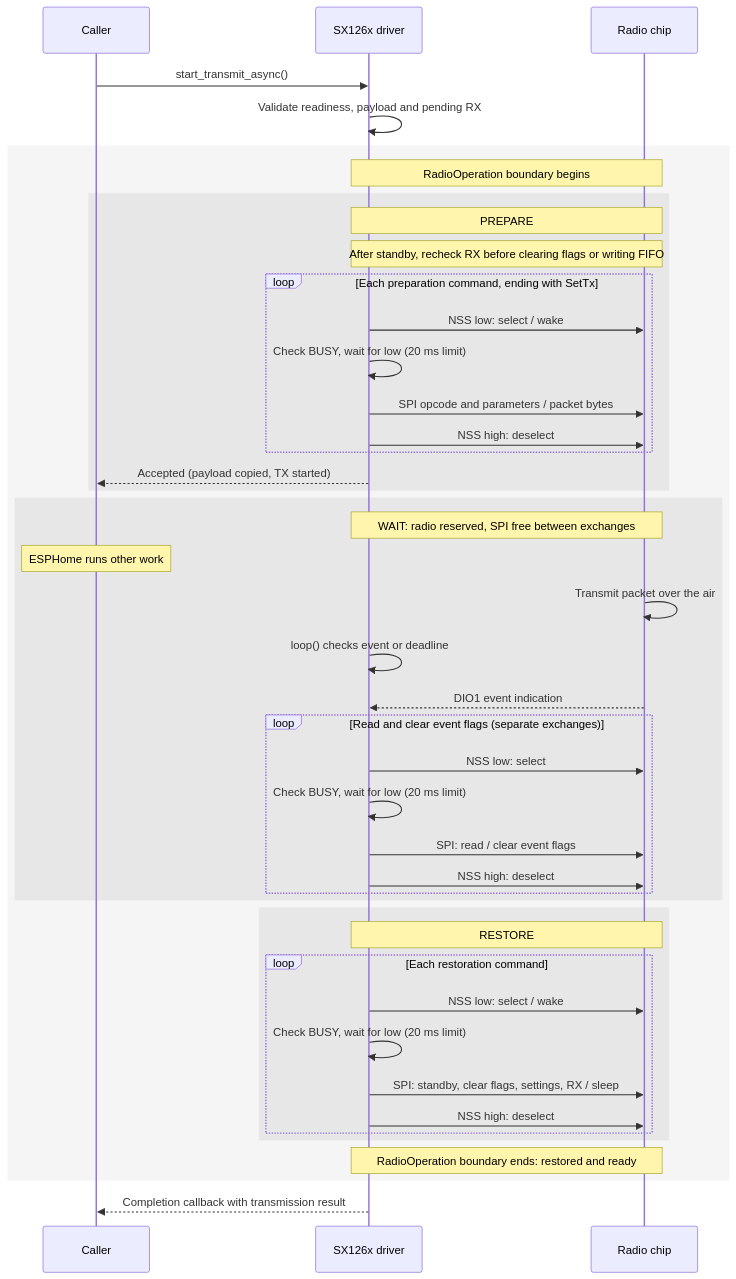
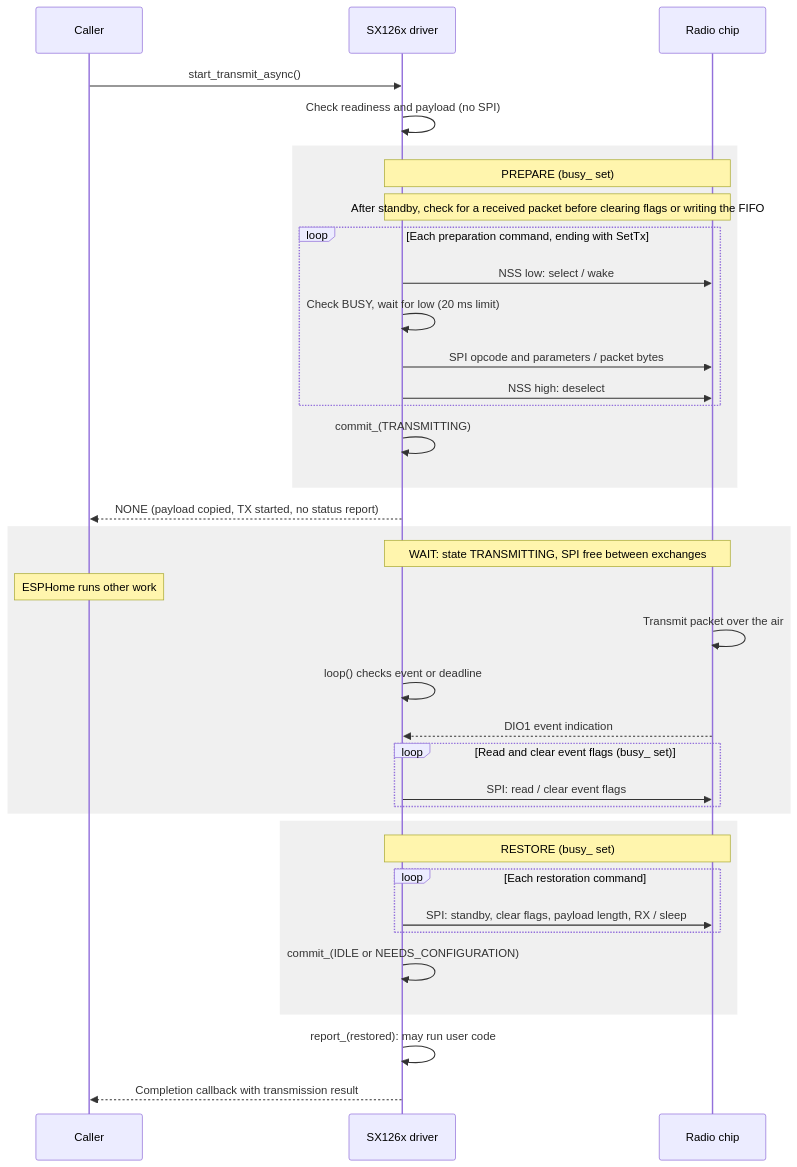
The first of 2 diagrams in esphome/components/sx126x/implementation.md (esphome/esphome), drawn with Mermaid before and after one commit. The commit also changed other lines of this file, not shown here.

````diff
--- a/esphome/components/sx126x/implementation.md
+++ b/esphome/components/sx126x/implementation.md
@@ -63,47 +94,40 @@
 ```mermaid
 sequenceDiagram
     participant C as Caller
     participant D as SX126x driver
     participant R as Radio chip
 
     C->>D: start_transmit_async()
-    D->>D: Validate readiness, payload and pending RX
-    rect rgba(128, 128, 128, 0.08)
-        Note over D,R: RadioOperation boundary begins
-        rect rgba(128, 128, 128, 0.12)
-            Note over D,R: PREPARE
-            Note over D,R: After standby, recheck RX before clearing flags or writing FIFO
-            loop Each preparation command, ending with SetTx
-                D->>R: NSS low: select / wake
-                D->>D: Check BUSY, wait for low (20 ms limit)
-                D->>R: SPI opcode and parameters / packet bytes
-                D->>R: NSS high: deselect
-            end
-            D-->>C: Accepted (payload copied, TX started)
+    D->>D: Check readiness and payload (no SPI)
+    rect rgba(128, 128, 128, 0.12)
+        Note over D,R: PREPARE (busy_ set)
+        Note over D,R: After standby, check for a received packet before clearing flags or writing the FIFO
+        loop Each preparation command, ending with SetTx
+            D->>R: NSS low: select / wake
+            D->>D: Check BUSY, wait for low (20 ms limit)
+            D->>R: SPI opcode and parameters / packet bytes
+            D->>R: NSS high: deselect
         end
-        rect rgba(128, 128, 128, 0.12)
-            Note over D,R: WAIT: radio reserved, SPI free between exchanges
-            Note over C: ESPHome runs other work
-            R->>R: Transmit packet over the air
-            D->>D: loop() checks event or deadline
-            R-->>D: DIO1 event indication
-            loop Read and clear event flags (separate exchanges)
-                D->>R: NSS low: select
-                D->>D: Check BUSY, wait for low (20 ms limit)
-                D->>R: SPI: read / clear event flags
-                D->>R: NSS high: deselect
-            end
+        D->>D: commit_(TRANSMITTING)
+    end
+    D-->>C: NONE (payload copied, TX started, no status report)
+    rect rgba(128, 128, 128, 0.12)
+        Note over D,R: WAIT: state TRANSMITTING, SPI free between exchanges
+        Note over C: ESPHome runs other work
+        R->>R: Transmit packet over the air
+        D->>D: loop() checks event or deadline
+        R-->>D: DIO1 event indication
+        loop Read and clear event flags (busy_ set)
+            D->>R: SPI: read / clear event flags
         end
-        rect rgba(128, 128, 128, 0.12)
-            Note over D,R: RESTORE
-            loop Each restoration command
-                D->>R: NSS low: select / wake
-                D->>D: Check BUSY, wait for low (20 ms limit)
-                D->>R: SPI: standby, clear flags, settings, RX / sleep
-                D->>R: NSS high: deselect
-            end
+    end
+    rect rgba(128, 128, 128, 0.12)
+        Note over D,R: RESTORE (busy_ set)
+        loop Each restoration command
+            D->>R: SPI: standby, clear flags, payload length, RX / sleep
         end
-        Note over D,R: RadioOperation boundary ends: restored and ready
+        D->>D: commit_(IDLE or NEEDS_CONFIGURATION)
     end
+    D->>D: report_(restored): may run user code
     D-->>C: Completion callback with transmission result
 ```
````
